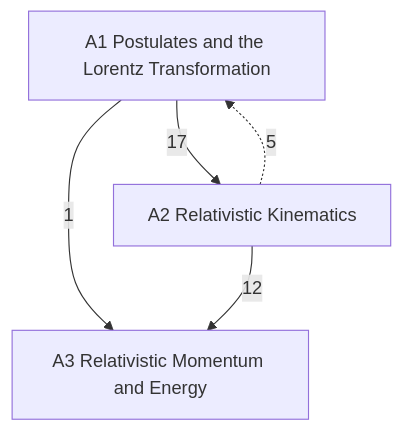
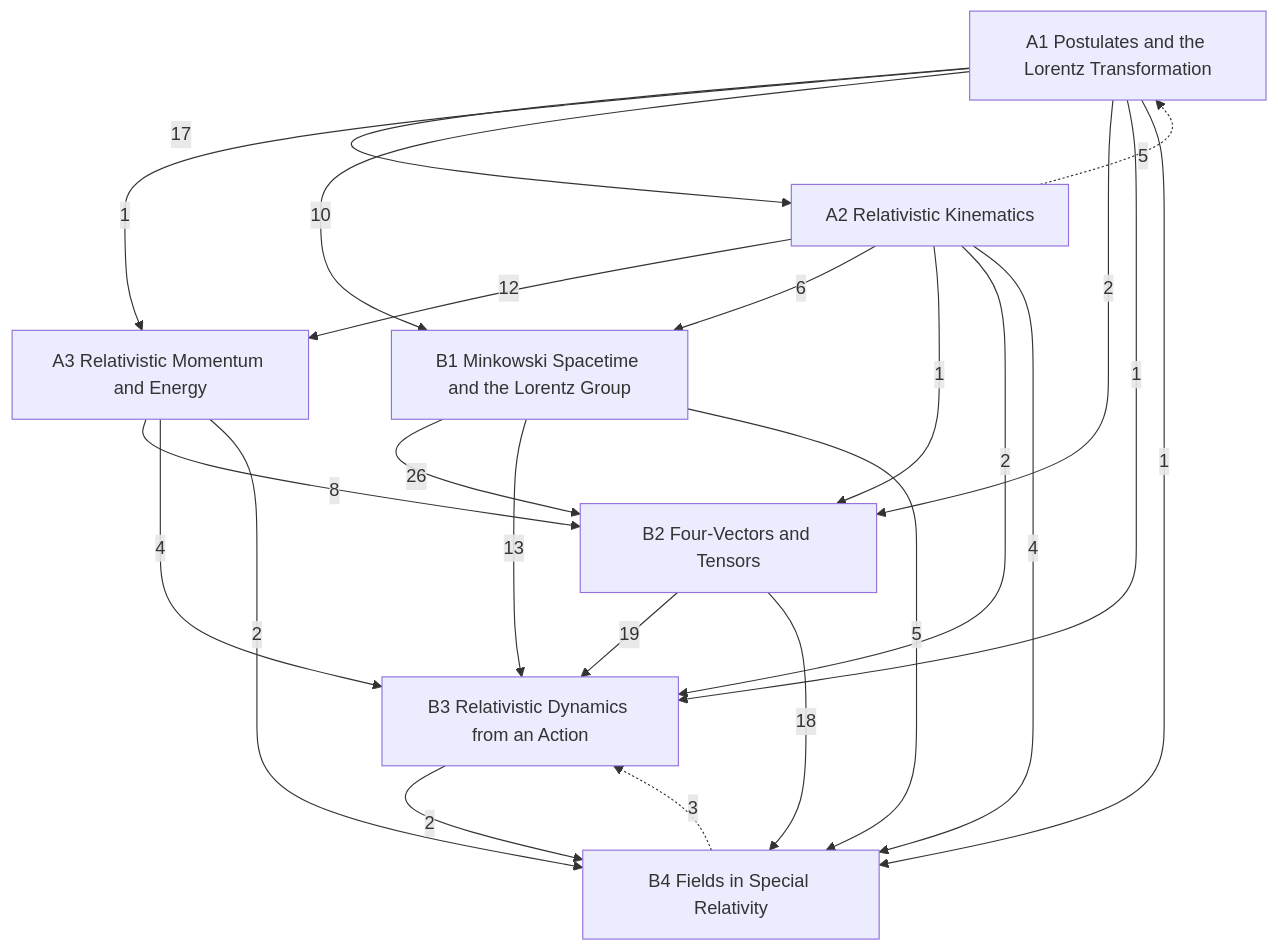
The diagram in Physics/Relativity/Relativity.md (Onion20040508/notes), drawn with Mermaid before and after one commit. The commit also changed other lines of this file and 63 other files, not shown here.

````diff
--- a/Physics/Relativity/Relativity.md
+++ b/Physics/Relativity/Relativity.md
@@ -22,10 +28,32 @@
 ```mermaid
 graph TD
   A1["A1 Postulates and the Lorentz Transformation"]
   A2["A2 Relativistic Kinematics"]
   A3["A3 Relativistic Momentum and Energy"]
+  B1["B1 Minkowski Spacetime and the Lorentz Group"]
+  B2["B2 Four-Vectors and Tensors"]
+  B3["B3 Relativistic Dynamics from an Action"]
+  B4["B4 Fields in Special Relativity"]
   A1 -->|17| A2
   A1 -->|1| A3
   A2 -->|12| A3
+  A1 -->|10| B1
+  A2 -->|6| B1
+  A1 -->|2| B2
+  A2 -->|1| B2
+  A3 -->|8| B2
+  B1 -->|26| B2
+  A1 -->|1| B3
+  A2 -->|2| B3
+  A3 -->|4| B3
+  B1 -->|13| B3
+  B2 -->|19| B3
+  A1 -->|1| B4
+  A2 -->|4| B4
+  A3 -->|2| B4
+  B1 -->|5| B4
+  B2 -->|18| B4
+  B3 -->|2| B4
   A2 -.->|5| A1
+  B4 -.->|3| B3
 ```
````
